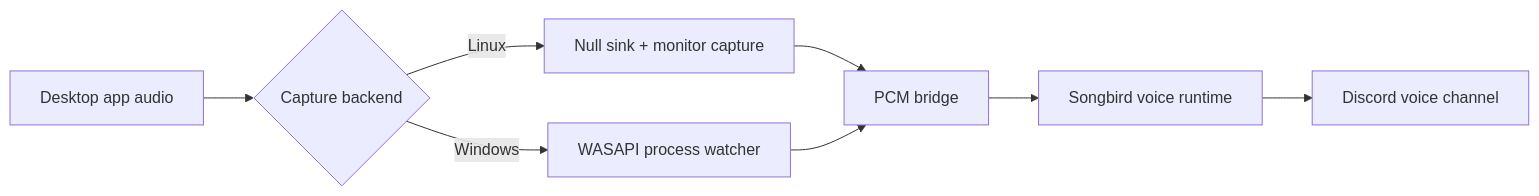
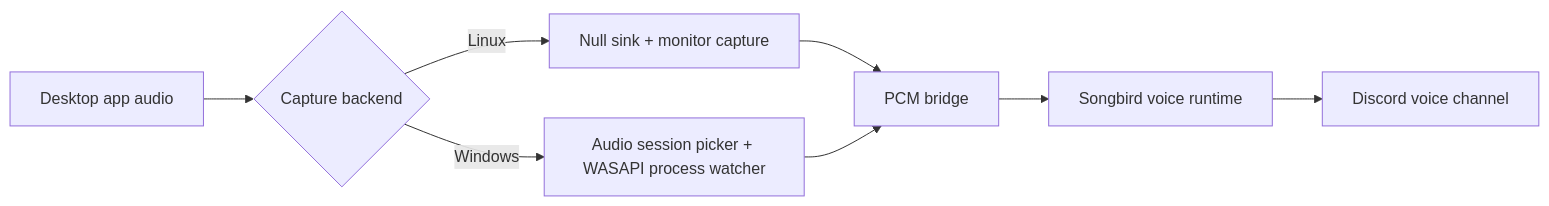
One commit to ICEFIR/bardic-chord changed the diagram in README.md. Above: the diagram before and after it, drawn with Mermaid. The commit also changed other lines of this file and 5 other files, not shown here.

Commit message:
Add Windows audio session picker

````diff
--- a/README.md
+++ b/README.md
@@ -49,10 +49,10 @@
 ```mermaid
 flowchart LR
     A[Desktop app audio] --> B{Capture backend}
     B -->|Linux| C[Null sink + monitor capture]
-    B -->|Windows| D[WASAPI process watcher]
+    B -->|Windows| D[Audio session picker + WASAPI process watcher]
     C --> E[PCM bridge]
     D --> E
     E --> F[Songbird voice runtime]
     F --> G[Discord voice channel]
 ```
````
